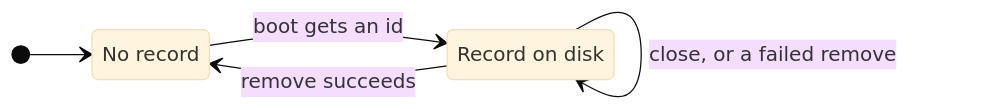
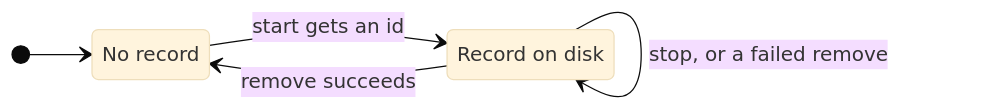
One commit to NextNodeSolutions/workspace changed the sixth of 6 diagrams in docs/architecture.md. Above: the diagram before and after it, drawn with Mermaid (base theme). The commit also changed other lines of this file and 15 other files, not shown here.

First line of the commit message:
feat: rename boot to start and close to stop

````diff
--- a/docs/architecture.md
+++ b/docs/architecture.md
@@ -171,10 +171,10 @@
 ```mermaid
 stateDiagram-v2
     direction LR
     state "No record" as None
     state "Record on disk" as Present
     [*] --> None
-    None --> Present: boot gets an id
-    Present --> Present: close, or a failed remove
+    None --> Present: start gets an id
+    Present --> Present: stop, or a failed remove
     Present --> None: remove succeeds
 ```
````
